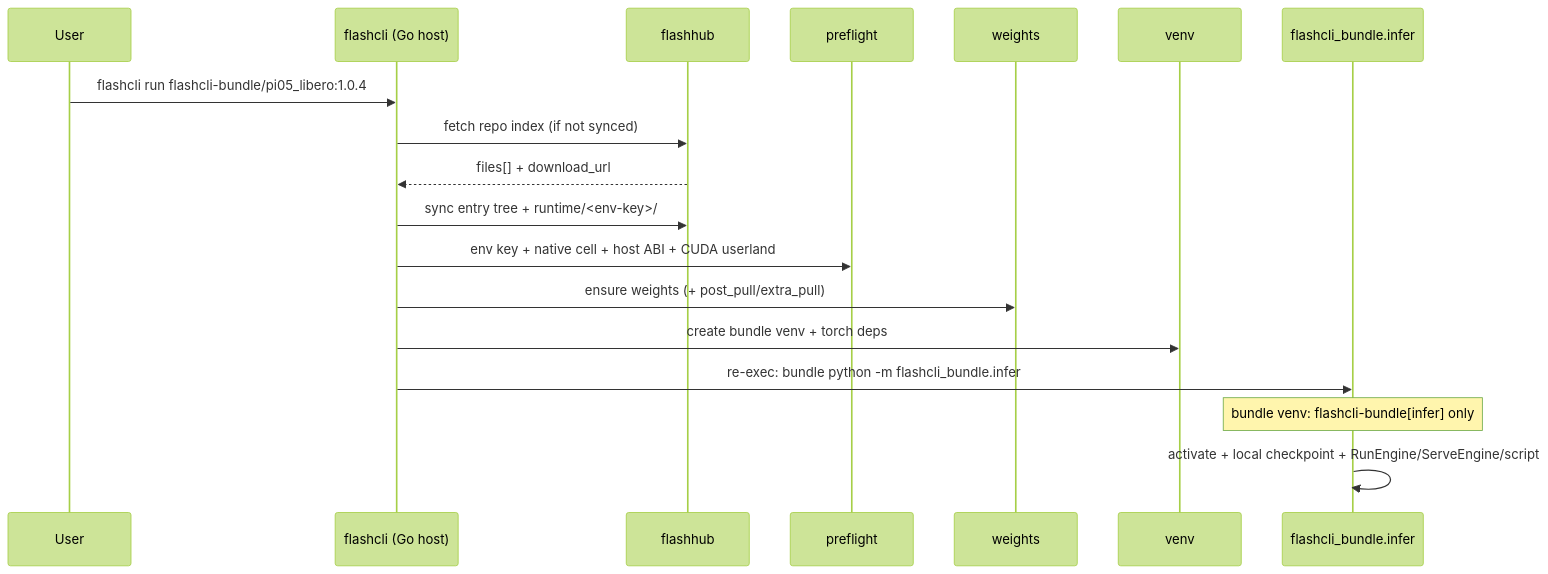
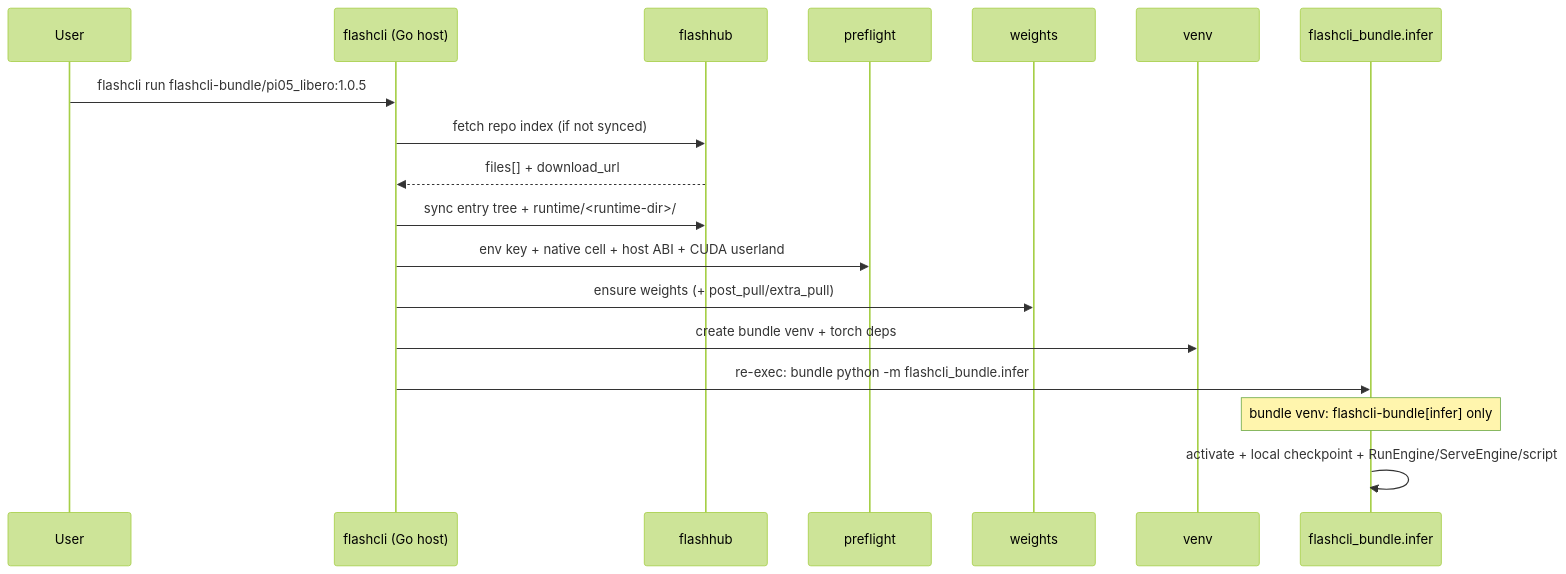
Before and after one commit to aodianyun/flashcli: the diagram in docs/architecture.md, drawn with Mermaid (forest theme). The commit also changed other lines of this file and 219 other files, not shown here.

````diff
--- a/docs/architecture.md
+++ b/docs/architecture.md
@@ -72,21 +72,21 @@
 ```mermaid
 sequenceDiagram
   participant U as User
   participant CLI as flashcli (Go host)
   participant FH as flashhub
   participant Pre as preflight
   participant W as weights
   participant Venv as venv
   participant Infer as flashcli_bundle.infer
 
-  U->>CLI: flashcli run flashcli-bundle/pi05_libero:1.0.4
+  U->>CLI: flashcli run flashcli-bundle/pi05_libero:1.0.5
   CLI->>FH: fetch repo index (if not synced)
   FH-->>CLI: files[] + download_url
-  CLI->>FH: sync entry tree + runtime/<env-key>/
+  CLI->>FH: sync entry tree + runtime/<runtime-dir>/
   CLI->>Pre: env key + native cell + host ABI + CUDA userland
   CLI->>W: ensure weights (+ post_pull/extra_pull)
   CLI->>Venv: create bundle venv + torch deps
   CLI->>Infer: re-exec: bundle python -m flashcli_bundle.infer
   Note over Infer: bundle venv: flashcli-bundle[infer] only
   Infer->>Infer: activate + local checkpoint + RunEngine/ServeEngine/script
 ```
````
